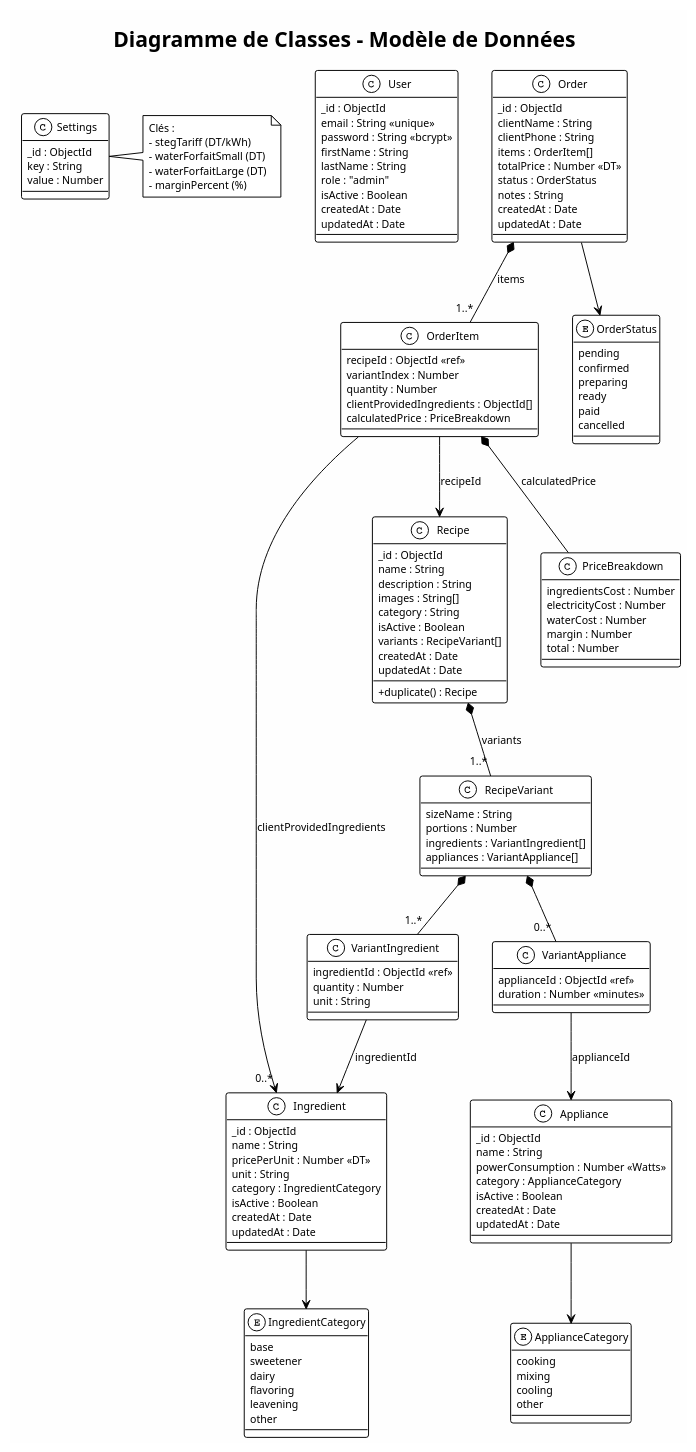
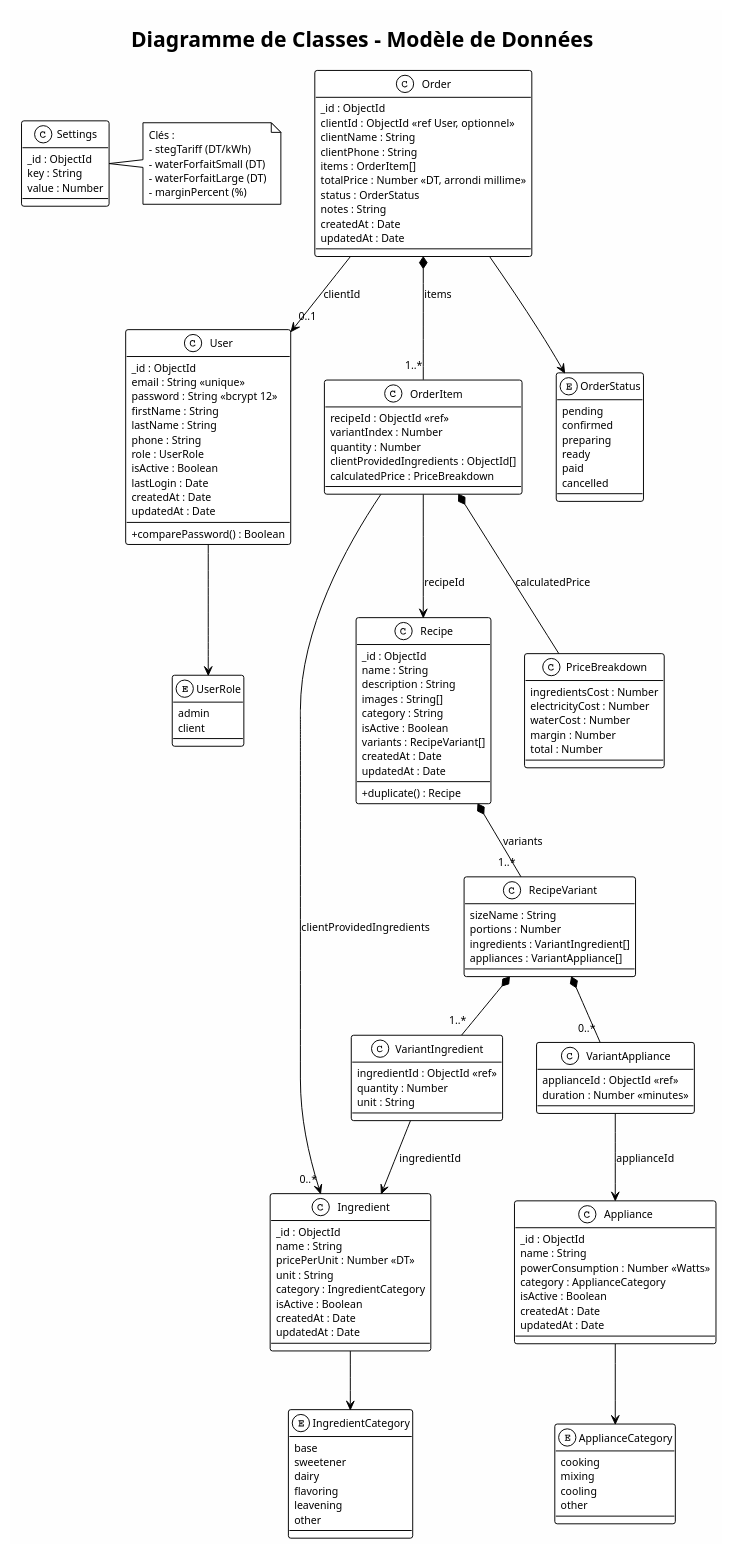
The diagram in docs/diagrams/diagramme-classes.puml (hammdi/mariem-sweet-kitchen), drawn with PlantUML before and after one commit. The commit also changed 12 other files, not shown here.

```diff
--- a/docs/diagrams/diagramme-classes.puml
+++ b/docs/diagrams/diagramme-classes.puml
@@ -1,154 +1,166 @@
 @startuml diagramme-classes
 !theme plain
 skinparam backgroundColor #FEFEFE
 skinparam classAttributeIconSize 0
 skinparam defaultFontSize 11
 
 title Diagramme de Classes - Modèle de Données
 
 class User {
   _id : ObjectId
   email : String <<unique>>
-  password : String <<bcrypt>>
+  password : String <<bcrypt 12>>
   firstName : String
   lastName : String
-  role : "admin"
+  phone : String
+  role : UserRole
   isActive : Boolean
+  lastLogin : Date
   createdAt : Date
   updatedAt : Date
+  --
+  +comparePassword() : Boolean
+}
+
+enum UserRole {
+  admin
+  client
 }
 
 class Ingredient {
   _id : ObjectId
   name : String
   pricePerUnit : Number <<DT>>
   unit : String
   category : IngredientCategory
   isActive : Boolean
   createdAt : Date
   updatedAt : Date
 }
 
 enum IngredientCategory {
   base
   sweetener
   dairy
   flavoring
   leavening
   other
 }
 
 class Appliance {
   _id : ObjectId
   name : String
   powerConsumption : Number <<Watts>>
   category : ApplianceCategory
   isActive : Boolean
   createdAt : Date
   updatedAt : Date
 }
 
 enum ApplianceCategory {
   cooking
   mixing
   cooling
   other
 }
 
 class Recipe {
   _id : ObjectId
   name : String
   description : String
   images : String[]
   category : String
   isActive : Boolean
   variants : RecipeVariant[]
   createdAt : Date
   updatedAt : Date
   --
   +duplicate() : Recipe
 }
 
 class RecipeVariant {
   sizeName : String
   portions : Number
   ingredients : VariantIngredient[]
   appliances : VariantAppliance[]
 }
 
 class VariantIngredient {
   ingredientId : ObjectId <<ref>>
   quantity : Number
   unit : String
 }
 
 class VariantAppliance {
   applianceId : ObjectId <<ref>>
   duration : Number <<minutes>>
 }
 
 class Order {
   _id : ObjectId
+  clientId : ObjectId <<ref User, optionnel>>
   clientName : String
   clientPhone : String
   items : OrderItem[]
-  totalPrice : Number <<DT>>
+  totalPrice : Number <<DT, arrondi millime>>
   status : OrderStatus
   notes : String
   createdAt : Date
   updatedAt : Date
 }
 
 class OrderItem {
   recipeId : ObjectId <<ref>>
   variantIndex : Number
   quantity : Number
   clientProvidedIngredients : ObjectId[]
   calculatedPrice : PriceBreakdown
 }
 
 class PriceBreakdown {
   ingredientsCost : Number
   electricityCost : Number
   waterCost : Number
   margin : Number
   total : Number
 }
 
 enum OrderStatus {
   pending
   confirmed
   preparing
   ready
   paid
   cancelled
 }
 
 class Settings {
   _id : ObjectId
   key : String
   value : Number
 }
 
 note right of Settings
   Clés :
   - stegTariff (DT/kWh)
   - waterForfaitSmall (DT)
   - waterForfaitLarge (DT)
   - marginPercent (%)
 end note
 
+User --> UserRole
 Ingredient --> IngredientCategory
 Appliance --> ApplianceCategory
 Recipe *-- "1..*" RecipeVariant : variants
 RecipeVariant *-- "1..*" VariantIngredient
 RecipeVariant *-- "0..*" VariantAppliance
 VariantIngredient --> Ingredient : ingredientId
 VariantAppliance --> Appliance : applianceId
 Order *-- "1..*" OrderItem : items
 Order --> OrderStatus
+Order --> "0..1" User : clientId
 OrderItem --> Recipe : recipeId
 OrderItem *-- PriceBreakdown : calculatedPrice
 OrderItem --> "0..*" Ingredient : clientProvidedIngredients
 
 @enduml
```
